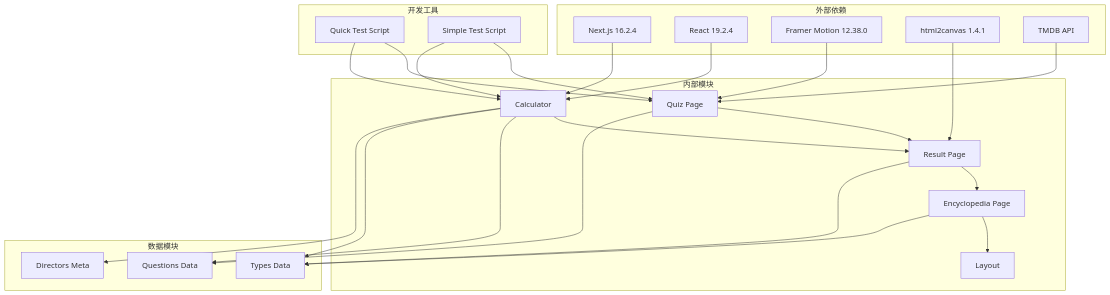
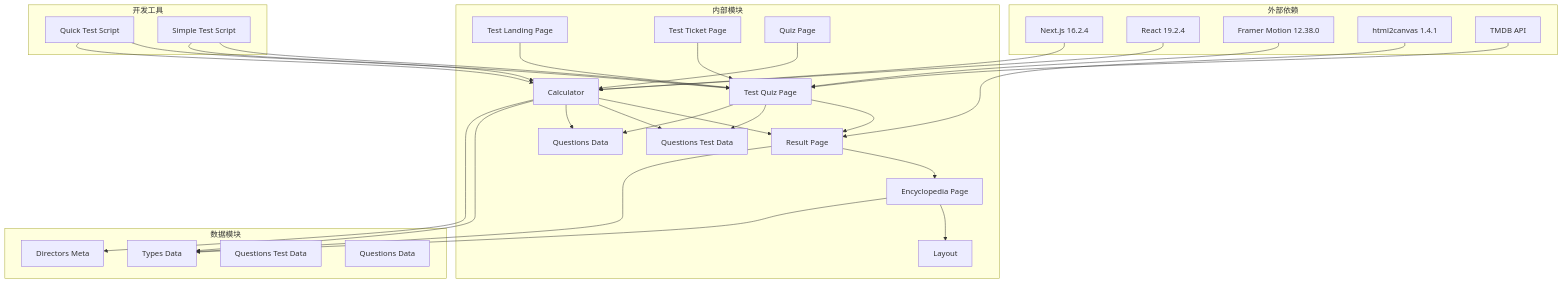
The sixth of 6 diagrams in .qoder/repowiki/zh/content/核心功能模块/双版本测试系统.md (Dragon0412/fbti-app), drawn with Mermaid before and after one commit. The commit also changed other lines of this file and 14 other files, not shown here.

````diff
--- a/.qoder/repowiki/zh/content/核心功能模块/双版本测试系统.md
+++ b/.qoder/repowiki/zh/content/核心功能模块/双版本测试系统.md
@@ -399,45 +514,56 @@
 ```mermaid
 graph TB
 subgraph "外部依赖"
 A[Next.js 16.2.4]
 B[React 19.2.4]
 C[Framer Motion 12.38.0]
 D[html2canvas 1.4.1]
 E[TMDB API]
 end
 subgraph "内部模块"
 F[Calculator]
-G[Quiz Page]
+G[Test Quiz Page]
 H[Result Page]
 I[Encyclopedia Page]
 J[Layout]
+K[Test Landing Page]
+L[Test Ticket Page]
+M[Quiz Page]
+N[Questions Test Data]
+O[Questions Data]
 end
 subgraph "开发工具"
-K[Quick Test Script]
-L[Simple Test Script]
+P[Quick Test Script]
+Q[Simple Test Script]
 end
 subgraph "数据模块"
-M[Questions Data]
-N[Types Data]
-O[Directors Meta]
+R[Types Data]
+S[Directors Meta]
+T[Questions Test Data]
+U[Questions Data]
 end
 A --> F
 B --> F
 C --> G
 D --> H
 E --> G
 F --> H
 G --> H
 H --> I
 I --> J
-F --> M
+K --> G
+L --> G
+M --> F
 F --> N
 F --> O
-G --> M
-H --> N
-I --> N
-K --> G
-L --> G
-K --> F
-L --> F
+F --> R
+F --> S
+G --> N
+G --> O
+H --> R
+I --> R
+P --> G
+Q --> G
+P --> F
+Q --> F
 ```
````
